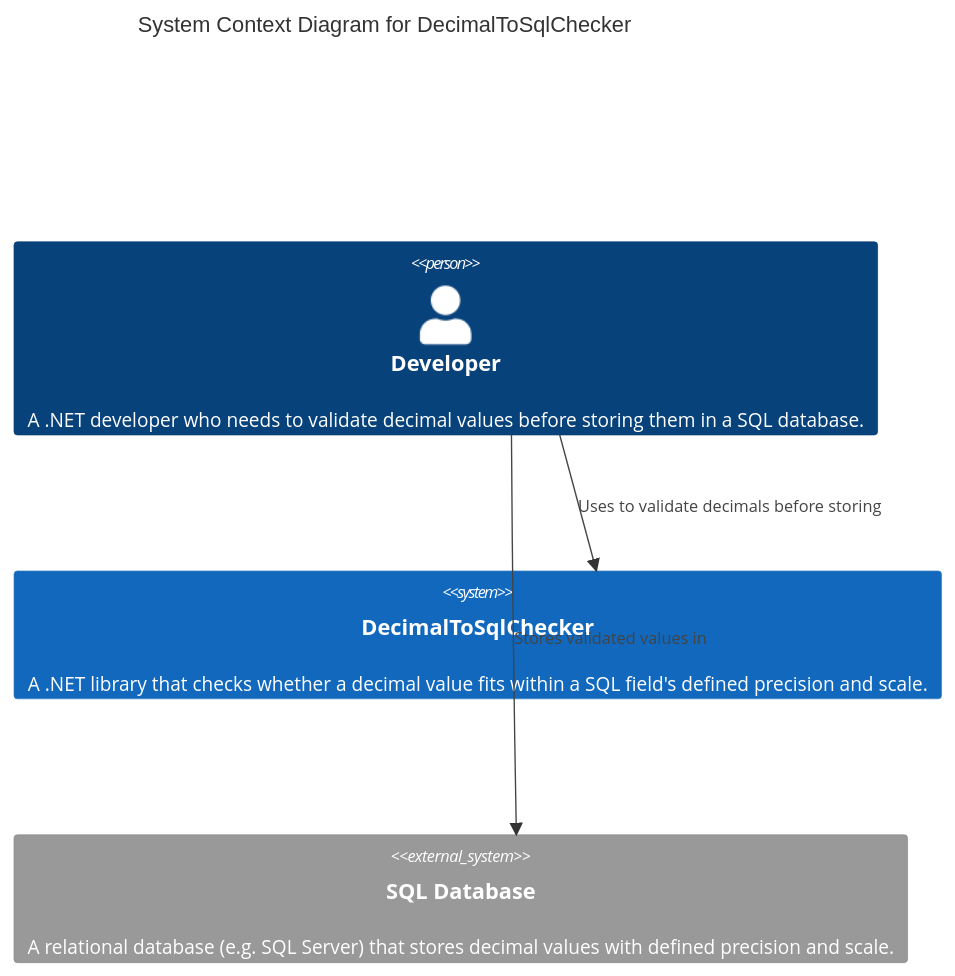
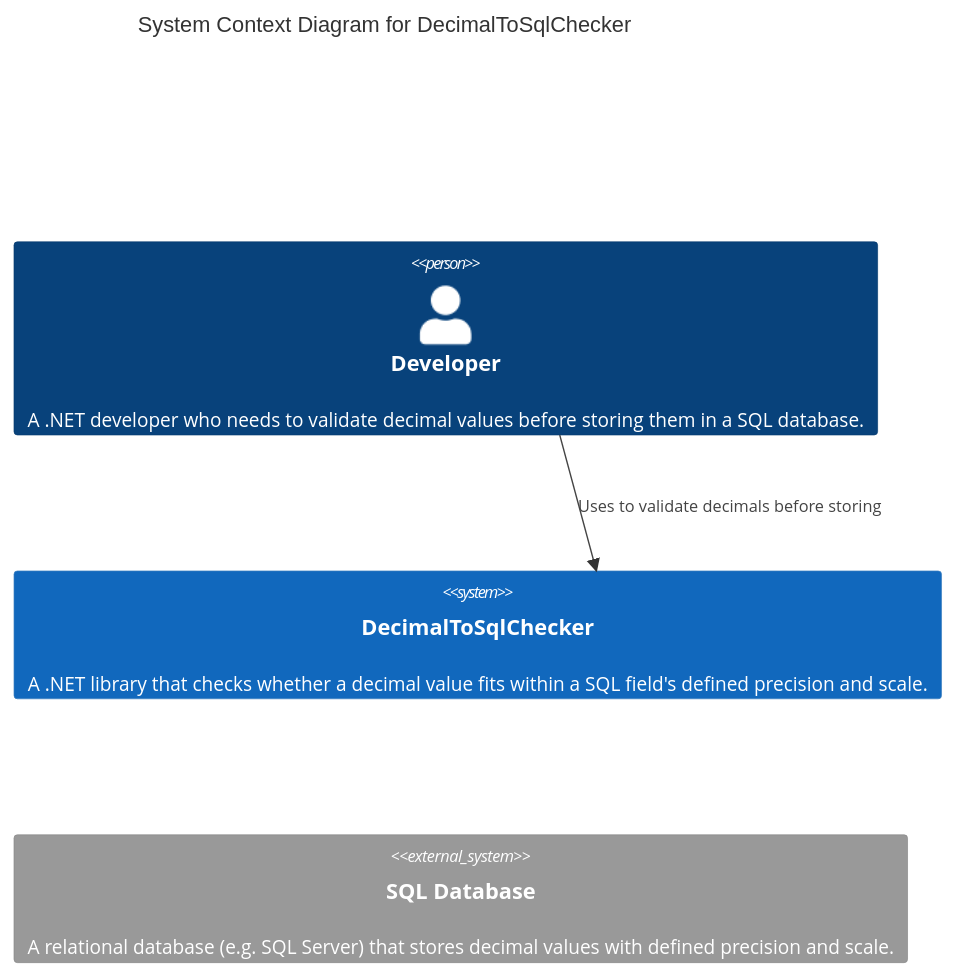
One commit to grimley517/DecimalToSqlChecker changed the first of 2 diagrams in README.md. Above: the diagram before and after it, drawn with Mermaid. The commit also changed other lines of this file, not shown here.

First line of the commit message:
Remove DB relationship arrows from C4 diagrams - DB interaction is not this library's concern

````diff
--- a/README.md
+++ b/README.md
@@ -45,13 +45,12 @@
 ```mermaid
 C4Context
     title System Context Diagram for DecimalToSqlChecker
 
     Person(developer, "Developer", "A .NET developer who needs to validate decimal values before storing them in a SQL database.")
 
     System(decimalToSqlChecker, "DecimalToSqlChecker", "A .NET library that checks whether a decimal value fits within a SQL field's defined precision and scale.")
 
     System_Ext(sqlDatabase, "SQL Database", "A relational database (e.g. SQL Server) that stores decimal values with defined precision and scale.")
 
     Rel(developer, decimalToSqlChecker, "Uses to validate decimals before storing")
-    Rel(developer, sqlDatabase, "Stores validated values in")
 ```
````
